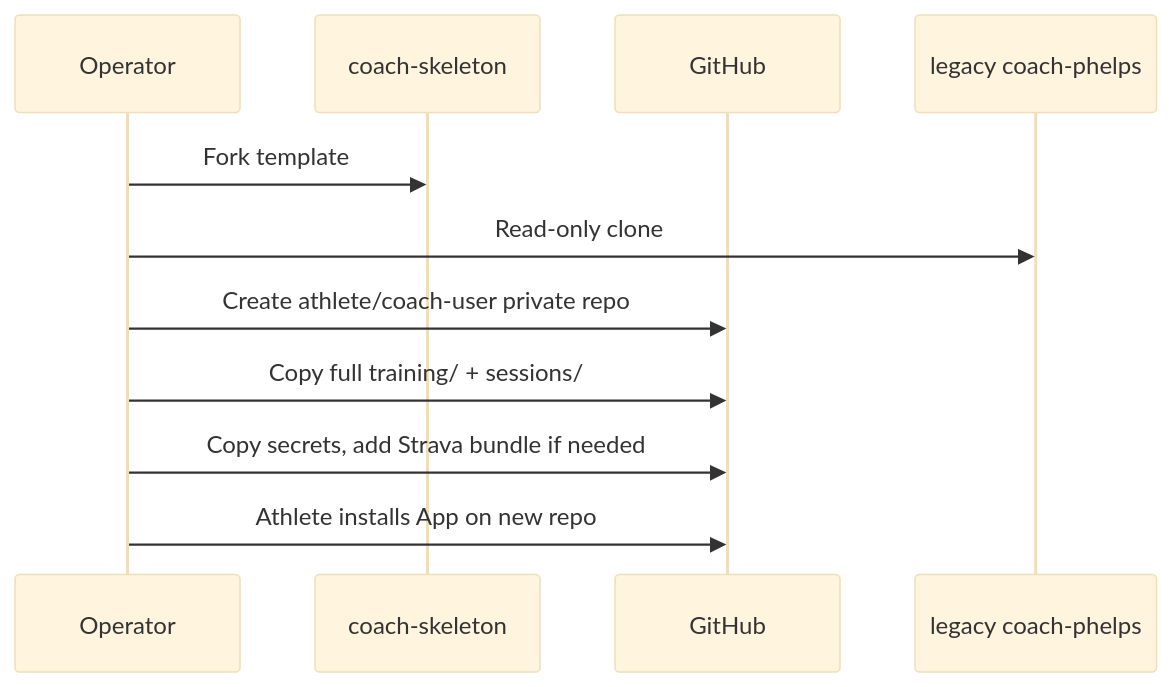
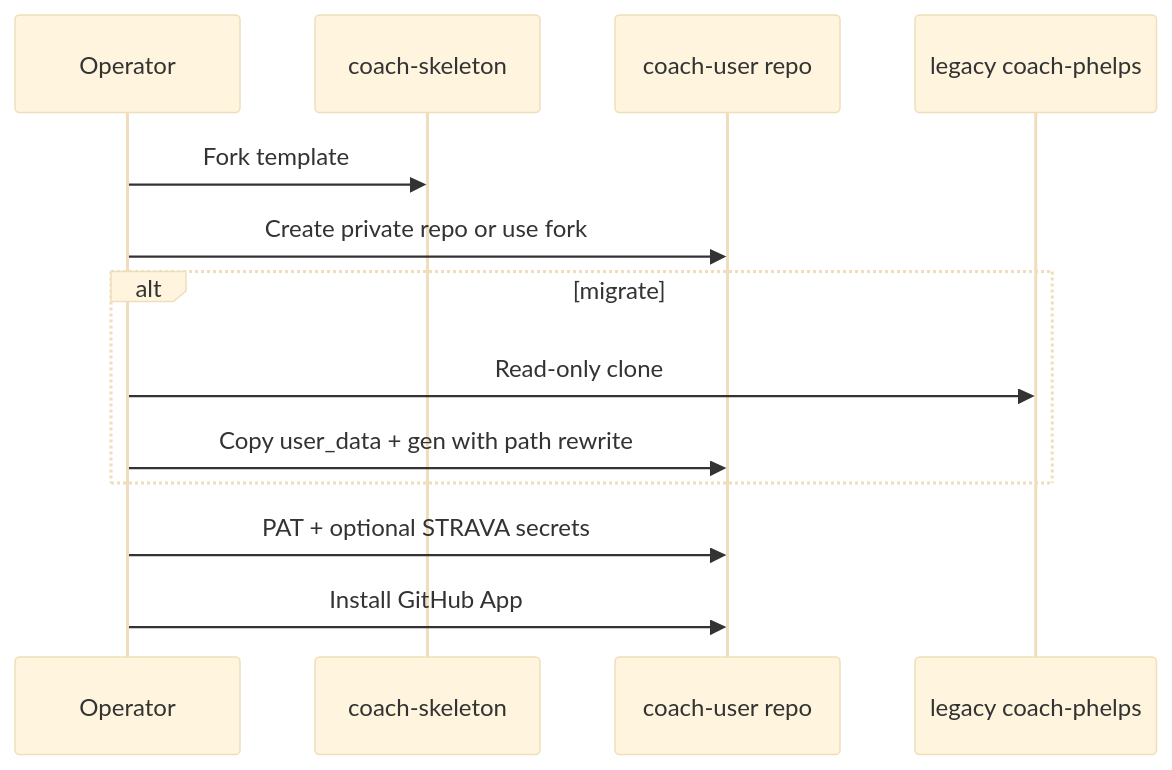
One commit to sibling-shipyard/coach-hq changed the third of 4 diagrams in docs/m1-plan.md. Above: the diagram before and after it, drawn with Mermaid (base theme). The commit also changed other lines of this file and 3 other files, not shown here.

````diff
--- a/docs/m1-plan.md
+++ b/docs/m1-plan.md
@@ -156,13 +165,15 @@
 ```mermaid
 sequenceDiagram
   participant Op as Operator
   participant Skel as coach-skeleton
-  participant GH as GitHub
+  participant GH as coach-user repo
   participant Legacy as legacy coach-phelps
   Op->>Skel: Fork template
-  Op->>Legacy: Read-only clone
-  Op->>GH: Create athlete/coach-user private repo
-  Op->>GH: Copy full training/ + sessions/
-  Op->>GH: Copy secrets, add Strava bundle if needed
-  Op->>GH: Athlete installs App on new repo
+  Op->>GH: Create private repo or use fork
+  alt migrate
+    Op->>Legacy: Read-only clone
+    Op->>GH: Copy user_data + gen with path rewrite
+  end
+  Op->>GH: PAT + optional STRAVA secrets
+  Op->>GH: Install GitHub App
 ```
````
